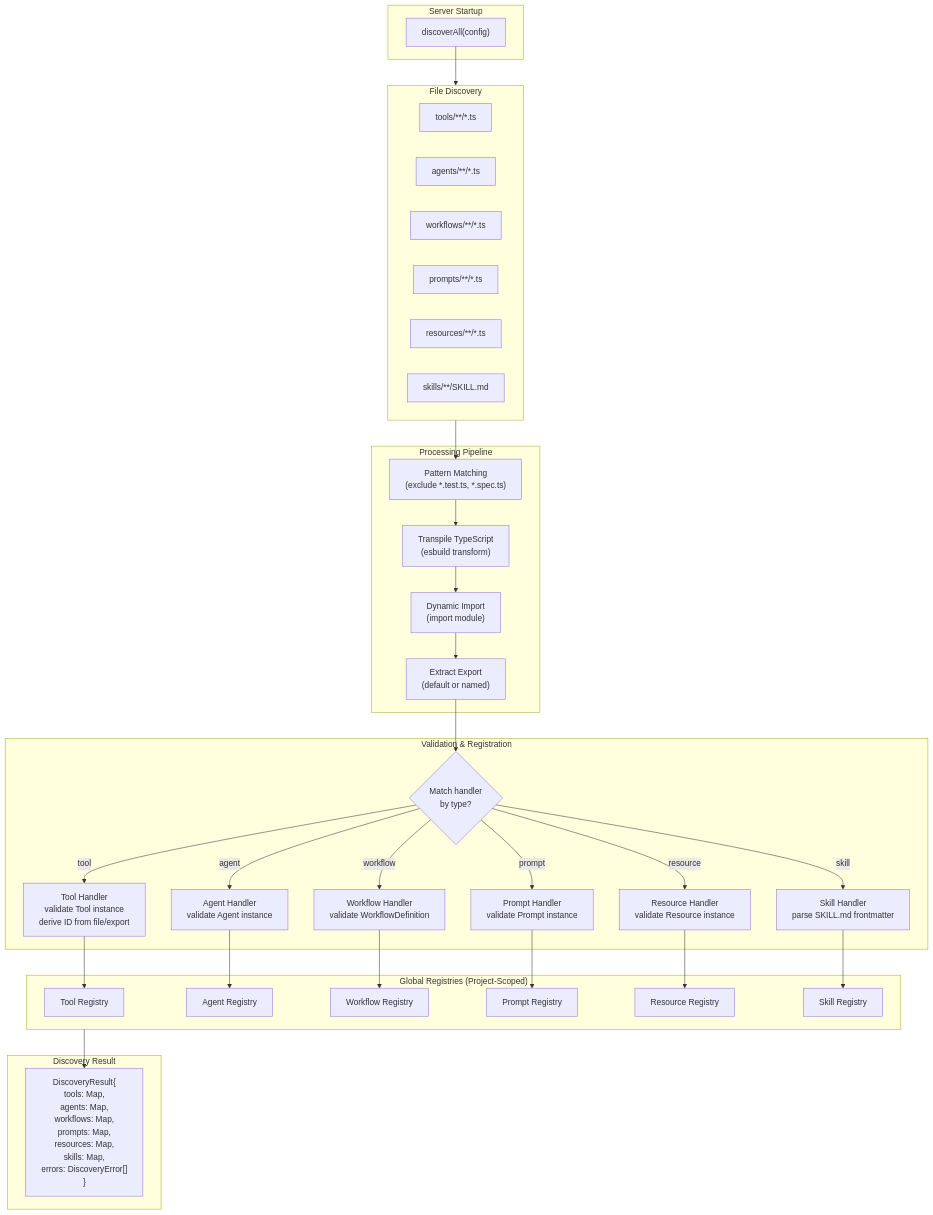
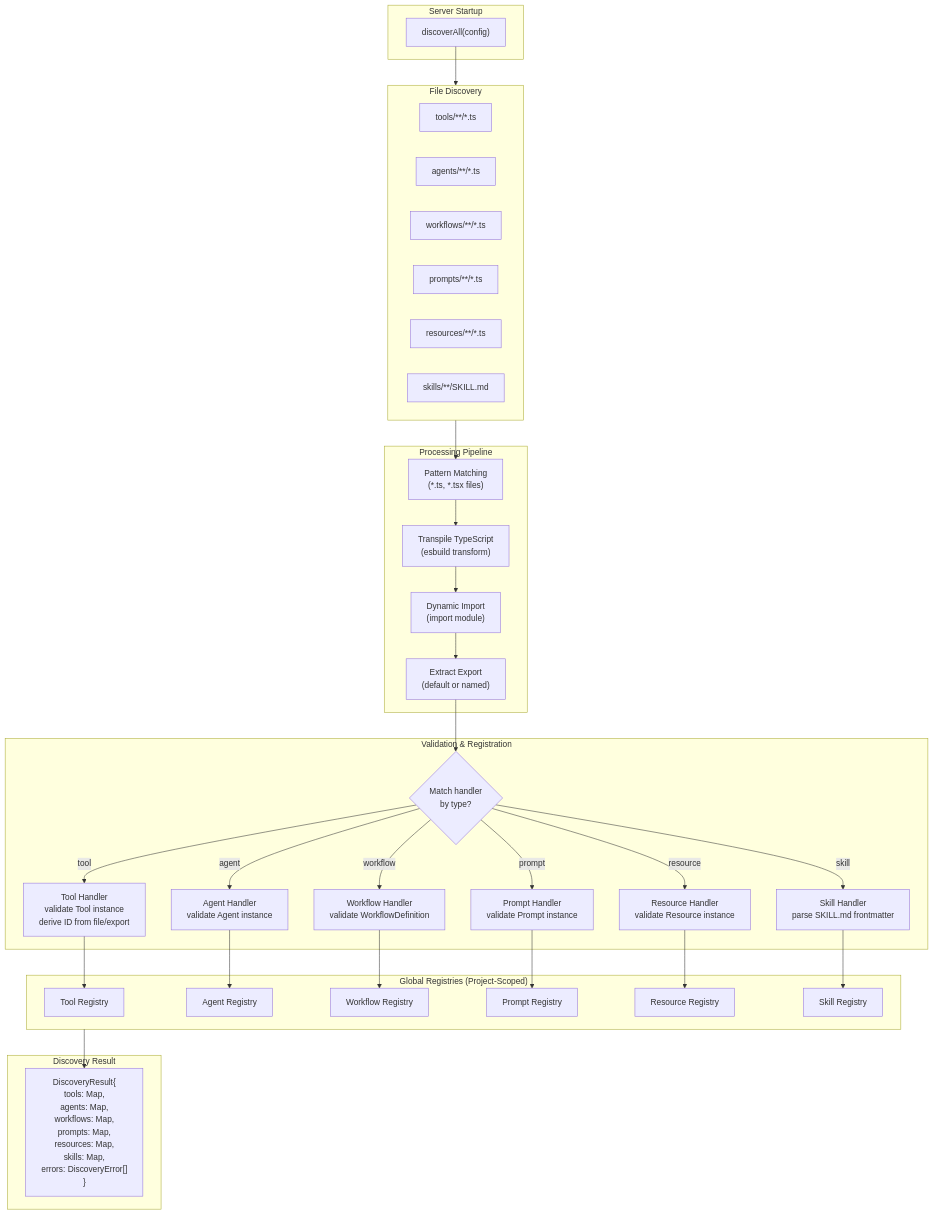
One commit to veryfront/veryfront-code changed the first of 5 diagrams in docs/architecture/06-discovery-extensions.md. Above: the diagram before and after it, drawn with Mermaid. The commit also changed other lines of this file and 2 other files, not shown here.

````diff
--- a/docs/architecture/06-discovery-extensions.md
+++ b/docs/architecture/06-discovery-extensions.md
@@ -7,68 +7,68 @@
 ```mermaid
 flowchart TD
     subgraph Startup["Server Startup"]
         DiscoverAll["discoverAll(config)"]
     end
 
     subgraph Scan["File Discovery"]
         ToolDir["tools/**/*.ts"]
         AgentDir["agents/**/*.ts"]
         WorkflowDir["workflows/**/*.ts"]
         PromptDir["prompts/**/*.ts"]
         ResourceDir["resources/**/*.ts"]
         SkillDir["skills/**/SKILL.md"]
     end
 
     subgraph Process["Processing Pipeline"]
-        PatternMatch["Pattern Matching<br/>(exclude *.test.ts, *.spec.ts)"]
+        PatternMatch["Pattern Matching<br/>(*.ts, *.tsx files)"]
         Transpile["Transpile TypeScript<br/>(esbuild transform)"]
         DynImport["Dynamic Import<br/>(import module)"]
         ExtractExport["Extract Export<br/>(default or named)"]
     end
 
     subgraph Validate["Validation & Registration"]
         Handler{"Match handler<br/>by type?"}
         ToolHandler["Tool Handler<br/>validate Tool instance<br/>derive ID from file/export"]
         AgentHandler["Agent Handler<br/>validate Agent instance"]
         WorkflowHandler["Workflow Handler<br/>validate WorkflowDefinition"]
         PromptHandler["Prompt Handler<br/>validate Prompt instance"]
         ResourceHandler["Resource Handler<br/>validate Resource instance"]
         SkillHandler["Skill Handler<br/>parse SKILL.md frontmatter"]
     end
 
     subgraph Registries["Global Registries (Project-Scoped)"]
         ToolReg["Tool Registry"]
         AgentReg["Agent Registry"]
         WorkflowReg["Workflow Registry"]
         PromptReg["Prompt Registry"]
         ResourceReg["Resource Registry"]
         SkillReg["Skill Registry"]
     end
 
     subgraph Result["Discovery Result"]
         ResultMap["DiscoveryResult{<br/>  tools: Map,<br/>  agents: Map,<br/>  workflows: Map,<br/>  prompts: Map,<br/>  resources: Map,<br/>  skills: Map,<br/>  errors: DiscoveryError[]<br/>}"]
     end
 
     DiscoverAll --> Scan
     Scan --> PatternMatch
     PatternMatch --> Transpile
     Transpile --> DynImport
     DynImport --> ExtractExport
     ExtractExport --> Handler
 
     Handler -->|tool| ToolHandler
     Handler -->|agent| AgentHandler
     Handler -->|workflow| WorkflowHandler
     Handler -->|prompt| PromptHandler
     Handler -->|resource| ResourceHandler
     Handler -->|skill| SkillHandler
 
     ToolHandler --> ToolReg
     AgentHandler --> AgentReg
     WorkflowHandler --> WorkflowReg
     PromptHandler --> PromptReg
     ResourceHandler --> ResourceReg
     SkillHandler --> SkillReg
 
     Registries --> ResultMap
 ```
````
